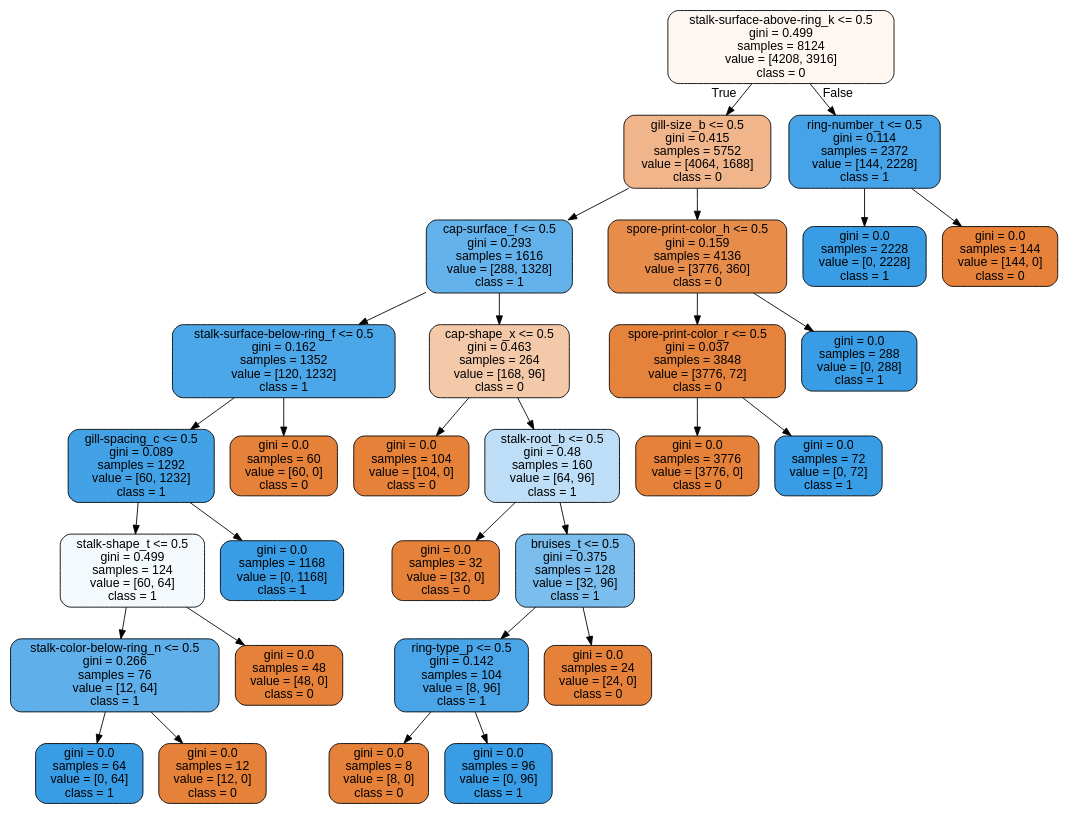
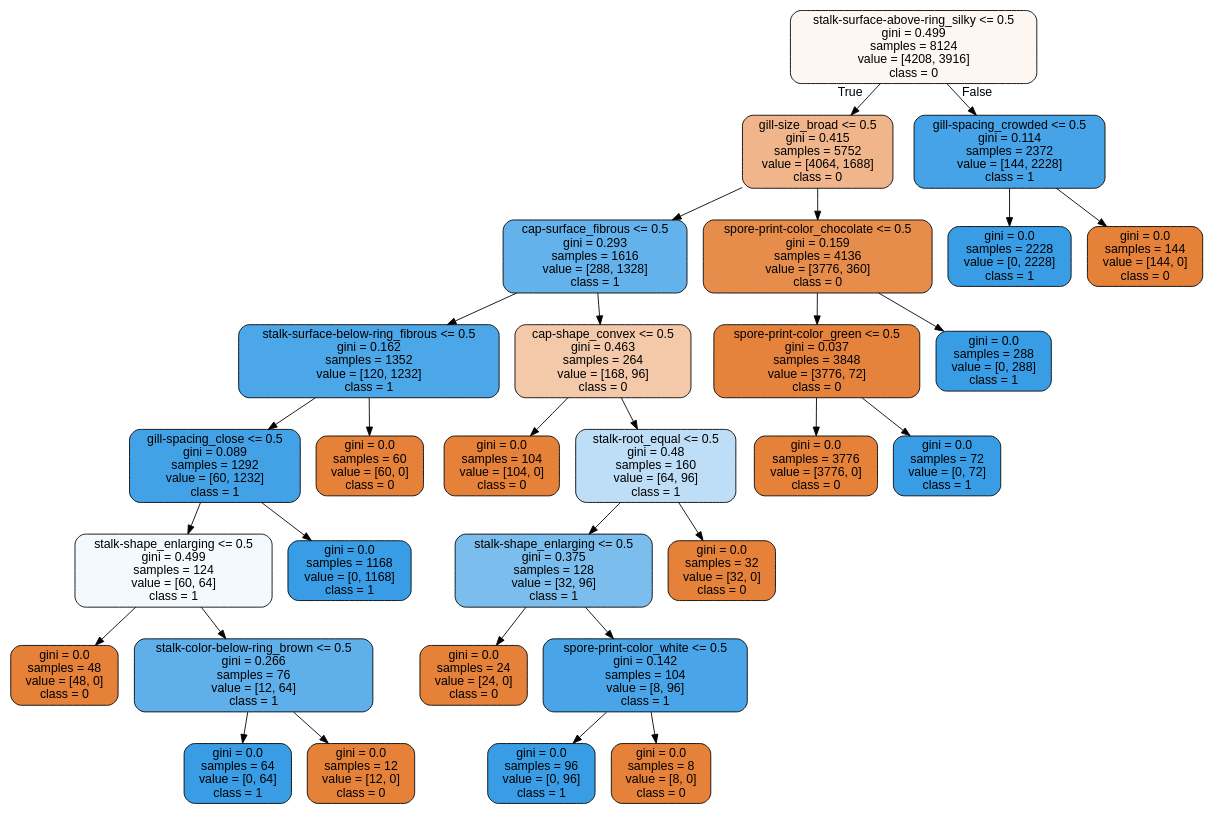
Before and after one commit to Tharindakarawita/Machine-Learning-Repository: the diagram in Mushroom dataset/Learning_modle_only_used_with_Visualization/Visualization_Poison_recommender.dot, drawn with Graphviz. The commit also changed 1 other file, not shown here.

```diff
--- a/Mushroom dataset/Learning_modle_only_used_with_Visualization/Visualization_Poison_recommender.dot
+++ b/Mushroom dataset/Learning_modle_only_used_with_Visualization/Visualization_Poison_recommender.dot
@@ -1,61 +1,61 @@
 digraph Tree {
 node [shape=box, style="filled, rounded", color="black", fontname="helvetica"] ;
 edge [fontname="helvetica"] ;
-0 [label="stalk-surface-above-ring_k <= 0.5\ngini = 0.499\nsamples = 8124\nvalue = [4208, 3916]\nclass = 0", fillcolor="#fdf6f1"] ;
-1 [label="gill-size_b <= 0.5\ngini = 0.415\nsamples = 5752\nvalue = [4064, 1688]\nclass = 0", fillcolor="#f0b58b"] ;
+0 [label="stalk-surface-above-ring_silky <= 0.5\ngini = 0.499\nsamples = 8124\nvalue = [4208, 3916]\nclass = 0", fillcolor="#fdf6f1"] ;
+1 [label="gill-size_broad <= 0.5\ngini = 0.415\nsamples = 5752\nvalue = [4064, 1688]\nclass = 0", fillcolor="#f0b58b"] ;
 0 -> 1 [labeldistance=2.5, labelangle=45, headlabel="True"] ;
-2 [label="cap-surface_f <= 0.5\ngini = 0.293\nsamples = 1616\nvalue = [288, 1328]\nclass = 1", fillcolor="#64b2eb"] ;
+2 [label="cap-surface_fibrous <= 0.5\ngini = 0.293\nsamples = 1616\nvalue = [288, 1328]\nclass = 1", fillcolor="#64b2eb"] ;
 1 -> 2 ;
-3 [label="stalk-surface-below-ring_f <= 0.5\ngini = 0.162\nsamples = 1352\nvalue = [120, 1232]\nclass = 1", fillcolor="#4ca7e8"] ;
+3 [label="stalk-surface-below-ring_fibrous <= 0.5\ngini = 0.162\nsamples = 1352\nvalue = [120, 1232]\nclass = 1", fillcolor="#4ca7e8"] ;
 2 -> 3 ;
-4 [label="gill-spacing_c <= 0.5\ngini = 0.089\nsamples = 1292\nvalue = [60, 1232]\nclass = 1", fillcolor="#43a2e6"] ;
+4 [label="gill-spacing_close <= 0.5\ngini = 0.089\nsamples = 1292\nvalue = [60, 1232]\nclass = 1", fillcolor="#43a2e6"] ;
 3 -> 4 ;
-5 [label="stalk-shape_t <= 0.5\ngini = 0.499\nsamples = 124\nvalue = [60, 64]\nclass = 1", fillcolor="#f3f9fd"] ;
+5 [label="stalk-shape_enlarging <= 0.5\ngini = 0.499\nsamples = 124\nvalue = [60, 64]\nclass = 1", fillcolor="#f3f9fd"] ;
 4 -> 5 ;
-6 [label="stalk-color-below-ring_n <= 0.5\ngini = 0.266\nsamples = 76\nvalue = [12, 64]\nclass = 1", fillcolor="#5eafea"] ;
+6 [label="gini = 0.0\nsamples = 48\nvalue = [48, 0]\nclass = 0", fillcolor="#e58139"] ;
 5 -> 6 ;
-7 [label="gini = 0.0\nsamples = 64\nvalue = [0, 64]\nclass = 1", fillcolor="#399de5"] ;
-6 -> 7 ;
-8 [label="gini = 0.0\nsamples = 12\nvalue = [12, 0]\nclass = 0", fillcolor="#e58139"] ;
-6 -> 8 ;
-9 [label="gini = 0.0\nsamples = 48\nvalue = [48, 0]\nclass = 0", fillcolor="#e58139"] ;
-5 -> 9 ;
+7 [label="stalk-color-below-ring_brown <= 0.5\ngini = 0.266\nsamples = 76\nvalue = [12, 64]\nclass = 1", fillcolor="#5eafea"] ;
+5 -> 7 ;
+8 [label="gini = 0.0\nsamples = 64\nvalue = [0, 64]\nclass = 1", fillcolor="#399de5"] ;
+7 -> 8 ;
+9 [label="gini = 0.0\nsamples = 12\nvalue = [12, 0]\nclass = 0", fillcolor="#e58139"] ;
+7 -> 9 ;
 10 [label="gini = 0.0\nsamples = 1168\nvalue = [0, 1168]\nclass = 1", fillcolor="#399de5"] ;
 4 -> 10 ;
 11 [label="gini = 0.0\nsamples = 60\nvalue = [60, 0]\nclass = 0", fillcolor="#e58139"] ;
 3 -> 11 ;
-12 [label="cap-shape_x <= 0.5\ngini = 0.463\nsamples = 264\nvalue = [168, 96]\nclass = 0", fillcolor="#f4c9aa"] ;
+12 [label="cap-shape_convex <= 0.5\ngini = 0.463\nsamples = 264\nvalue = [168, 96]\nclass = 0", fillcolor="#f4c9aa"] ;
 2 -> 12 ;
 13 [label="gini = 0.0\nsamples = 104\nvalue = [104, 0]\nclass = 0", fillcolor="#e58139"] ;
 12 -> 13 ;
-14 [label="stalk-root_b <= 0.5\ngini = 0.48\nsamples = 160\nvalue = [64, 96]\nclass = 1", fillcolor="#bddef6"] ;
+14 [label="stalk-root_equal <= 0.5\ngini = 0.48\nsamples = 160\nvalue = [64, 96]\nclass = 1", fillcolor="#bddef6"] ;
 12 -> 14 ;
-15 [label="gini = 0.0\nsamples = 32\nvalue = [32, 0]\nclass = 0", fillcolor="#e58139"] ;
+15 [label="stalk-shape_enlarging <= 0.5\ngini = 0.375\nsamples = 128\nvalue = [32, 96]\nclass = 1", fillcolor="#7bbeee"] ;
 14 -> 15 ;
-16 [label="bruises_t <= 0.5\ngini = 0.375\nsamples = 128\nvalue = [32, 96]\nclass = 1", fillcolor="#7bbeee"] ;
-14 -> 16 ;
-17 [label="ring-type_p <= 0.5\ngini = 0.142\nsamples = 104\nvalue = [8, 96]\nclass = 1", fillcolor="#49a5e7"] ;
-16 -> 17 ;
-18 [label="gini = 0.0\nsamples = 8\nvalue = [8, 0]\nclass = 0", fillcolor="#e58139"] ;
+16 [label="gini = 0.0\nsamples = 24\nvalue = [24, 0]\nclass = 0", fillcolor="#e58139"] ;
+15 -> 16 ;
+17 [label="spore-print-color_white <= 0.5\ngini = 0.142\nsamples = 104\nvalue = [8, 96]\nclass = 1", fillcolor="#49a5e7"] ;
+15 -> 17 ;
+18 [label="gini = 0.0\nsamples = 96\nvalue = [0, 96]\nclass = 1", fillcolor="#399de5"] ;
 17 -> 18 ;
-19 [label="gini = 0.0\nsamples = 96\nvalue = [0, 96]\nclass = 1", fillcolor="#399de5"] ;
+19 [label="gini = 0.0\nsamples = 8\nvalue = [8, 0]\nclass = 0", fillcolor="#e58139"] ;
 17 -> 19 ;
-20 [label="gini = 0.0\nsamples = 24\nvalue = [24, 0]\nclass = 0", fillcolor="#e58139"] ;
-16 -> 20 ;
-21 [label="spore-print-color_h <= 0.5\ngini = 0.159\nsamples = 4136\nvalue = [3776, 360]\nclass = 0", fillcolor="#e78d4c"] ;
+20 [label="gini = 0.0\nsamples = 32\nvalue = [32, 0]\nclass = 0", fillcolor="#e58139"] ;
+14 -> 20 ;
+21 [label="spore-print-color_chocolate <= 0.5\ngini = 0.159\nsamples = 4136\nvalue = [3776, 360]\nclass = 0", fillcolor="#e78d4c"] ;
 1 -> 21 ;
-22 [label="spore-print-color_r <= 0.5\ngini = 0.037\nsamples = 3848\nvalue = [3776, 72]\nclass = 0", fillcolor="#e5833d"] ;
+22 [label="spore-print-color_green <= 0.5\ngini = 0.037\nsamples = 3848\nvalue = [3776, 72]\nclass = 0", fillcolor="#e5833d"] ;
 21 -> 22 ;
 23 [label="gini = 0.0\nsamples = 3776\nvalue = [3776, 0]\nclass = 0", fillcolor="#e58139"] ;
 22 -> 23 ;
 24 [label="gini = 0.0\nsamples = 72\nvalue = [0, 72]\nclass = 1", fillcolor="#399de5"] ;
 22 -> 24 ;
 25 [label="gini = 0.0\nsamples = 288\nvalue = [0, 288]\nclass = 1", fillcolor="#399de5"] ;
 21 -> 25 ;
-26 [label="ring-number_t <= 0.5\ngini = 0.114\nsamples = 2372\nvalue = [144, 2228]\nclass = 1", fillcolor="#46a3e7"] ;
+26 [label="gill-spacing_crowded <= 0.5\ngini = 0.114\nsamples = 2372\nvalue = [144, 2228]\nclass = 1", fillcolor="#46a3e7"] ;
 0 -> 26 [labeldistance=2.5, labelangle=-45, headlabel="False"] ;
 27 [label="gini = 0.0\nsamples = 2228\nvalue = [0, 2228]\nclass = 1", fillcolor="#399de5"] ;
 26 -> 27 ;
 28 [label="gini = 0.0\nsamples = 144\nvalue = [144, 0]\nclass = 0", fillcolor="#e58139"] ;
 26 -> 28 ;
 }
```
